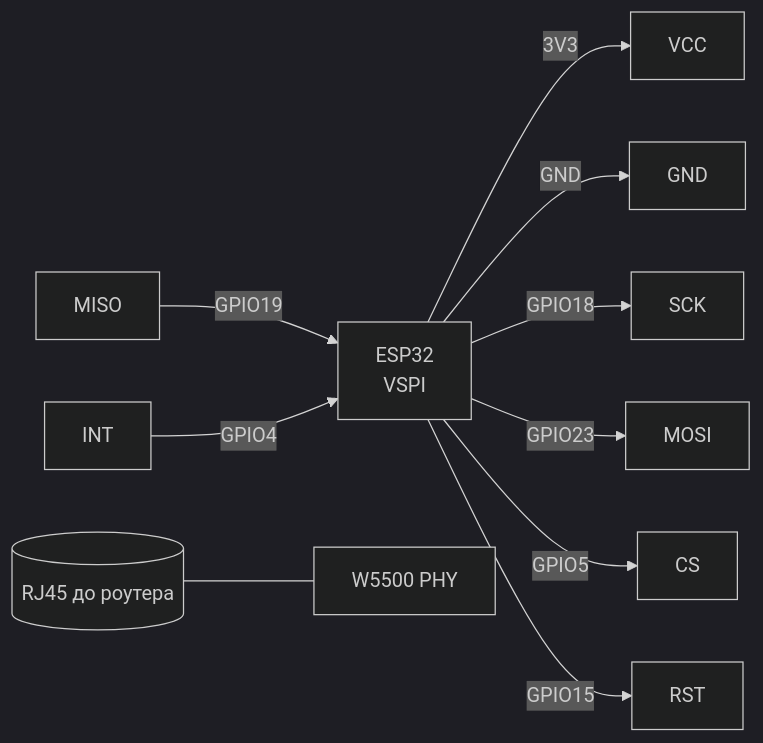
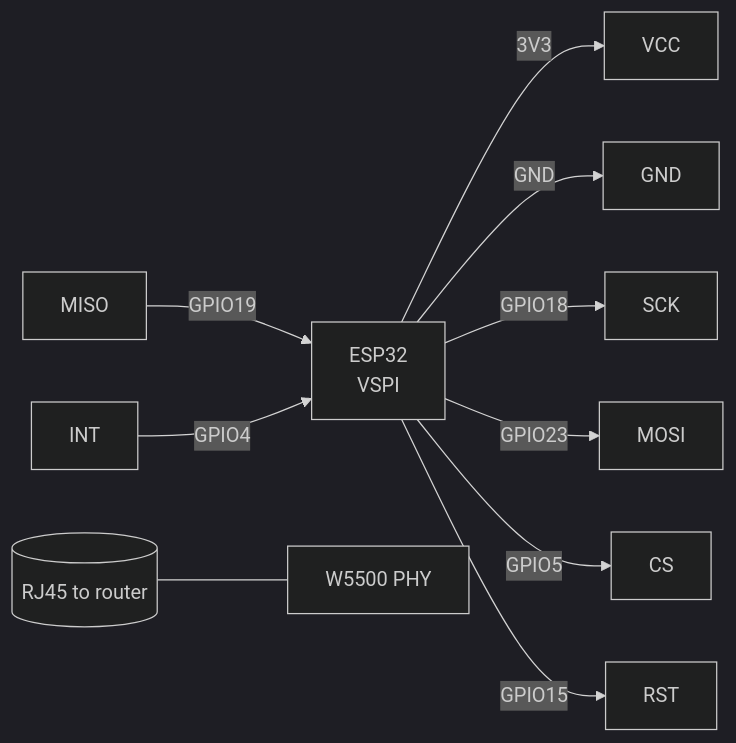
The second of 3 diagrams in obsidian_vault/ESP32-Reference/EN/12-Comm-Modules/07-SIM7600-W5500-MCP2515.en.md (ksalab/embedded-reference), drawn with Mermaid (dark theme) before and after one commit. The commit also changed other lines of this file and 76 other files, not shown here.

````diff
--- a/obsidian_vault/ESP32-Reference/EN/12-Comm-Modules/07-SIM7600-W5500-MCP2515.en.md
+++ b/obsidian_vault/ESP32-Reference/EN/12-Comm-Modules/07-SIM7600-W5500-MCP2515.en.md
@@ -141,12 +141,12 @@
 ```mermaid
 graph LR
     ESP32[ESP32<br/>VSPI] -->|3V3| VCC[VCC]
     ESP32 -->|GND| GNDM[GND]
     ESP32 -->|GPIO18| SCK[SCK]
     ESP32 -->|GPIO23| MOSI[MOSI]
     MISO[MISO] -->|GPIO19| ESP32
     ESP32 -->|GPIO5| CS[CS]
     ESP32 -->|GPIO15| RST[RST]
     INT[INT] -->|GPIO4| ESP32
-    RJ[(RJ45 до роутера)] --- ETH[W5500 PHY]
+    RJ[(RJ45 to router)] --- ETH[W5500 PHY]
 ```
````
